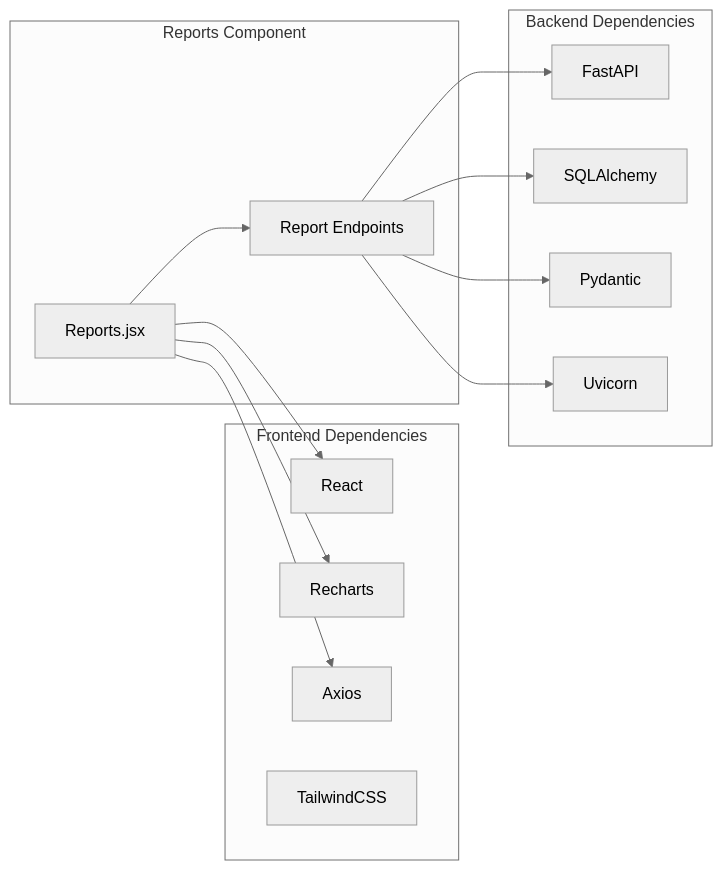
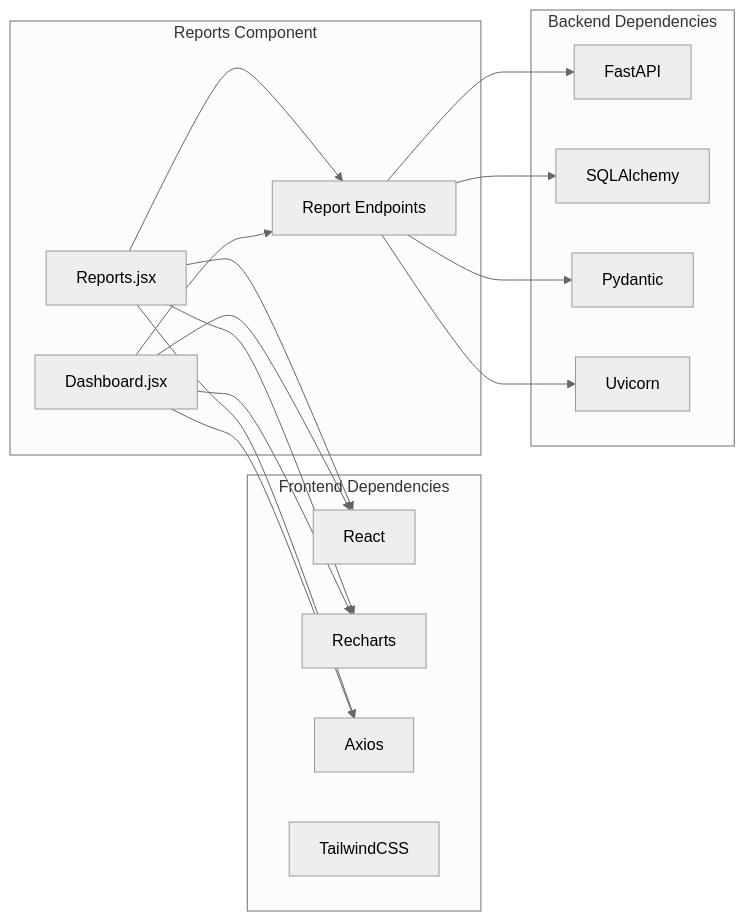
The seventh of 7 diagrams in .qoder/repowiki/en/content/Frontend Component Architecture/Reports Component.md (kasliwalsarthak7972/smart-healthcare-dashboard), drawn with Mermaid (neutral theme) before and after one commit. The commit also changed other lines of this file and 7 other files, not shown here.

````diff
--- a/.qoder/repowiki/en/content/Frontend Component Architecture/Reports Component.md
+++ b/.qoder/repowiki/en/content/Frontend Component Architecture/Reports Component.md
@@ -359,27 +375,32 @@
 ```mermaid
 graph LR
 subgraph "Frontend Dependencies"
 REACT["React"]
 RECHARTS["Recharts"]
 AXIOS["Axios"]
 TAILWIND["TailwindCSS"]
 end
 subgraph "Backend Dependencies"
 FASTAPI["FastAPI"]
 SQLALCHEMY["SQLAlchemy"]
 PYDANTIC["Pydantic"]
 UVICORN["Uvicorn"]
 end
 subgraph "Reports Component"
 FRONTEND["Reports.jsx"]
+DASHBOARD["Dashboard.jsx"]
 BACKEND["Report Endpoints"]
 end
 FRONTEND --> REACT
 FRONTEND --> RECHARTS
 FRONTEND --> AXIOS
+DASHBOARD --> REACT
+DASHBOARD --> RECHARTS
+DASHBOARD --> AXIOS
 BACKEND --> FASTAPI
 BACKEND --> SQLALCHEMY
 BACKEND --> PYDANTIC
 FRONTEND --> BACKEND
+DASHBOARD --> BACKEND
 BACKEND --> UVICORN
 ```
````
